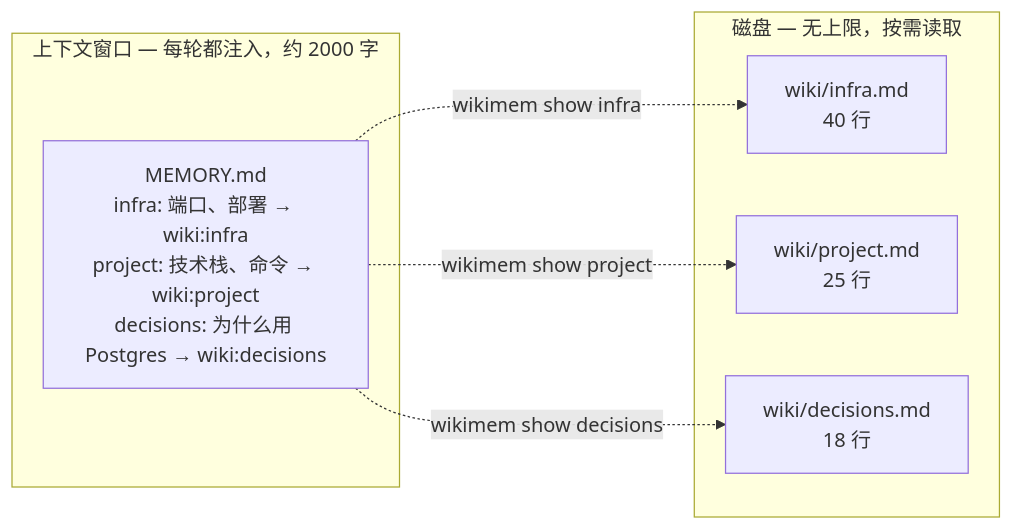
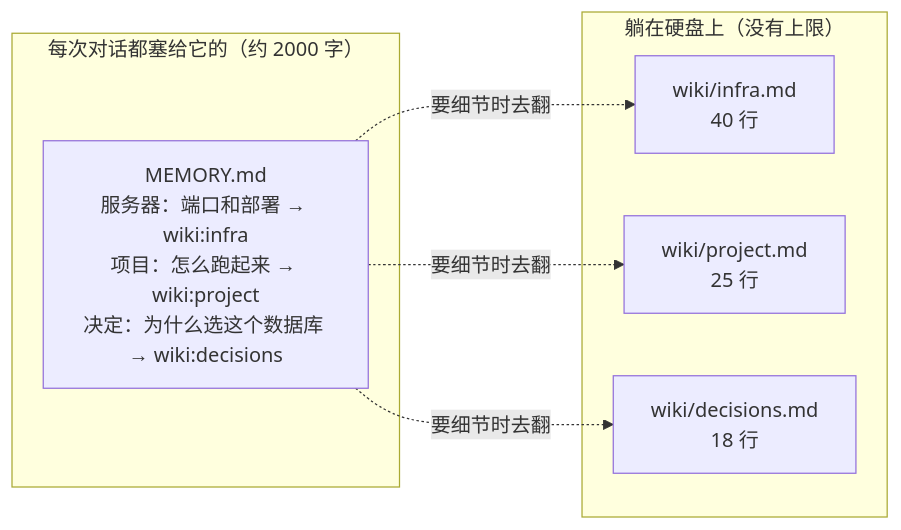
The first of 3 diagrams in README.zh-CN.md (QINXIN111/tiered-memory), drawn with Mermaid before and after one commit. The commit also changed other lines of this file and 1 other file, not shown here.

````diff
--- a/README.zh-CN.md
+++ b/README.zh-CN.md
@@ -22,14 +29,14 @@
 ```mermaid
 flowchart LR
-    subgraph CTX["上下文窗口 — 每轮都注入，约 2000 字"]
-      IDX["MEMORY.md<br/>infra: 端口、部署 → wiki:infra<br/>project: 技术栈、命令 → wiki:project<br/>decisions: 为什么用 Postgres → wiki:decisions"]
+    subgraph CTX["每次对话都塞给它的（约 2000 字）"]
+      IDX["MEMORY.md<br/>服务器：端口和部署 → wiki:infra<br/>项目：怎么跑起来 → wiki:project<br/>决定：为什么选这个数据库 → wiki:decisions"]
     end
-    subgraph DISK["磁盘 — 无上限，按需读取"]
+    subgraph DISK["躺在硬盘上（没有上限）"]
       N1["wiki/infra.md<br/>40 行"]
       N2["wiki/project.md<br/>25 行"]
       N3["wiki/decisions.md<br/>18 行"]
     end
-    IDX -. "wikimem show infra" .-> N1
-    IDX -. "wikimem show project" .-> N2
-    IDX -. "wikimem show decisions" .-> N3
+    IDX -. "要细节时去翻" .-> N1
+    IDX -. "要细节时去翻" .-> N2
+    IDX -. "要细节时去翻" .-> N3
 ```
````
